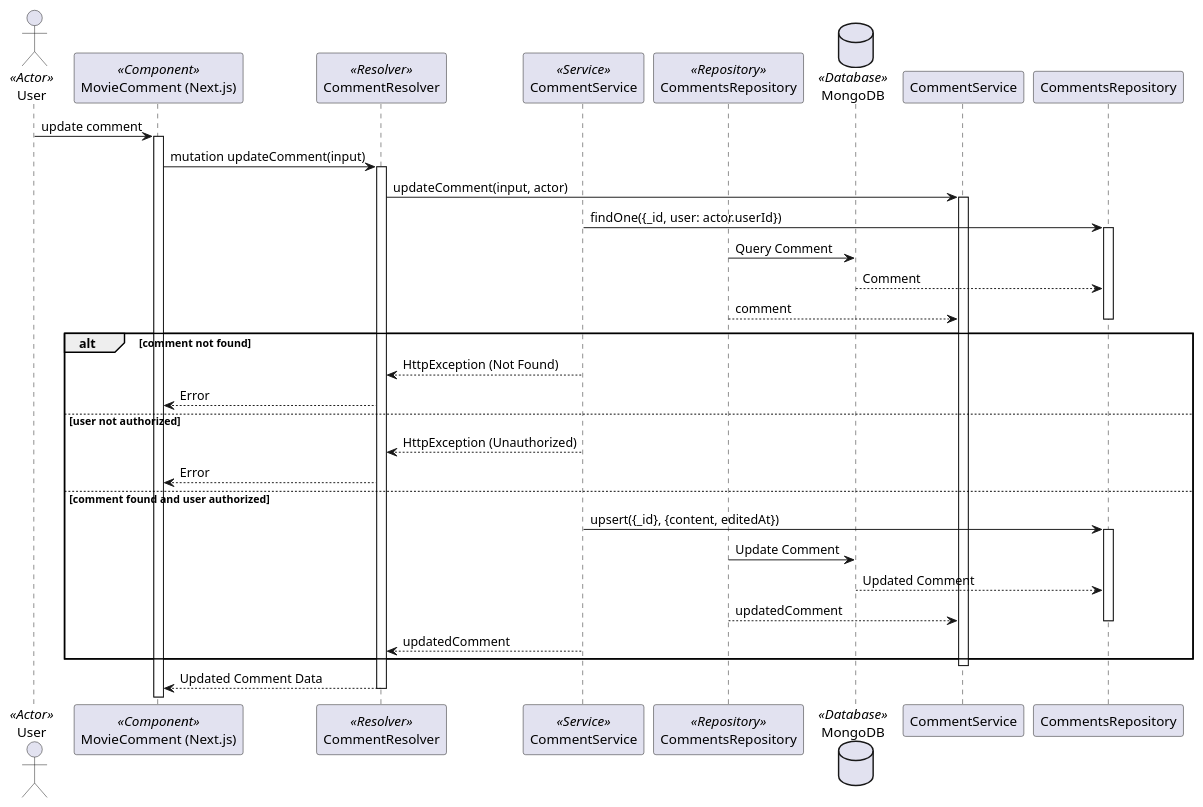
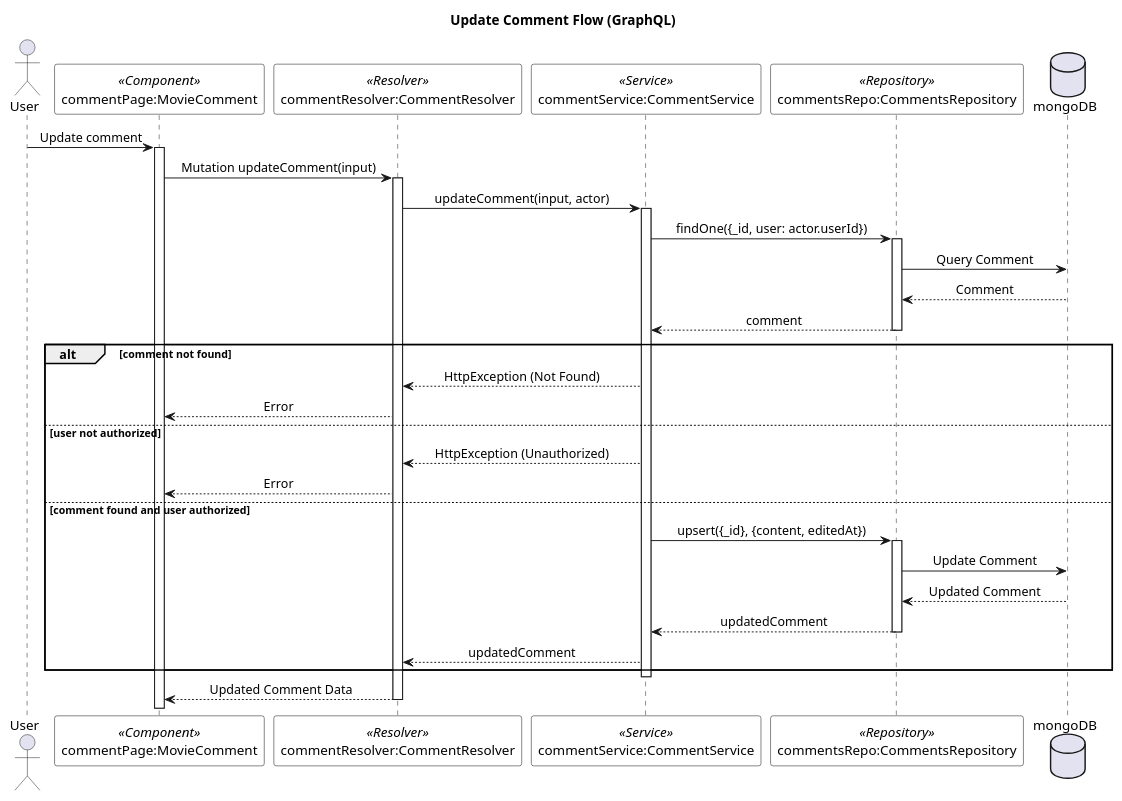
The diagram in documents/diagram/sequences/comments/update-comment.puml (lehuygiang28/vphim), drawn with PlantUML before and after one commit. The commit also changed 4 other files, not shown here.

First line of the commit message:
refactor(diagrams/sequences/comments): 🛠️ update comment flow diagrams

```diff
--- a/documents/diagram/sequences/comments/update-comment.puml
+++ b/documents/diagram/sequences/comments/update-comment.puml
@@ -1,41 +1,51 @@
 @startuml Update Comment Flow
 
-actor User <<Actor>>
-participant "MovieComment (Next.js)" as MovieComment <<Component>>
-participant "CommentResolver" as Resolver <<Resolver>>
-participant "CommentService" as Service <<Service>>
-participant "CommentsRepository" as Repository <<Repository>>
-database "MongoDB" as DB <<Database>>
+skinparam SequenceMessageAlignment center
+skinparam SequenceBoxBackgroundColor white
+skinparam SequenceBoxBorderColor black
+skinparam NoteBackgroundColor lightyellow
+skinparam NoteBorderColor black
+skinparam ParticipantBackgroundColor white
+skinparam ParticipantBorderColor black
 
-User -> MovieComment: update comment
-activate MovieComment
-MovieComment -> Resolver: mutation updateComment(input)
-activate Resolver
-Resolver -> CommentService: updateComment(input, actor)
-activate CommentService
-Service -> CommentsRepository: findOne({_id, user: actor.userId})
-activate CommentsRepository
-Repository -> DB: Query Comment
-DB --> CommentsRepository: Comment
-Repository --> CommentService: comment
-deactivate CommentsRepository
+title Update Comment Flow (GraphQL)
+
+actor "User" as user
+participant "commentPage:MovieComment" as commentPage <<Component>>
+participant "commentResolver:CommentResolver" as commentResolver <<Resolver>>
+participant "commentService:CommentService" as commentService <<Service>>
+participant "commentsRepo:CommentsRepository" as commentsRepo <<Repository>>
+database "mongoDB" as mongoDB
+
+user -> commentPage: Update comment
+activate commentPage
+commentPage -> commentResolver: Mutation updateComment(input)
+activate commentResolver
+commentResolver -> commentService: updateComment(input, actor)
+activate commentService
+commentService -> commentsRepo: findOne({_id, user: actor.userId})
+activate commentsRepo
+commentsRepo -> mongoDB: Query Comment
+mongoDB --> commentsRepo: Comment
+commentsRepo --> commentService: comment
+deactivate commentsRepo
 alt comment not found
-    Service --> Resolver: HttpException (Not Found)
-    Resolver --> MovieComment: Error
+    commentService --> commentResolver: HttpException (Not Found)
+    commentResolver --> commentPage: Error
 else user not authorized
-    Service --> Resolver: HttpException (Unauthorized)
-    Resolver --> MovieComment: Error
+    commentService --> commentResolver: HttpException (Unauthorized)
+    commentResolver --> commentPage: Error
 else comment found and user authorized
-    Service -> CommentsRepository: upsert({_id}, {content, editedAt})
-    activate CommentsRepository
-    Repository -> DB: Update Comment
-    DB --> CommentsRepository: Updated Comment
-    Repository --> CommentService: updatedComment
-    deactivate CommentsRepository
-    Service --> Resolver: updatedComment
+    commentService -> commentsRepo: upsert({_id}, {content, editedAt})
+    activate commentsRepo
+    commentsRepo -> mongoDB: Update Comment
+    mongoDB --> commentsRepo: Updated Comment
+    commentsRepo --> commentService: updatedComment
+    deactivate commentsRepo
+    commentService --> commentResolver: updatedComment
 end
-deactivate CommentService
-Resolver --> MovieComment: Updated Comment Data
-deactivate Resolver
+deactivate commentService
+commentResolver --> commentPage: Updated Comment Data
+deactivate commentResolver
 
 @enduml
```
